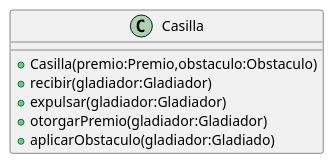
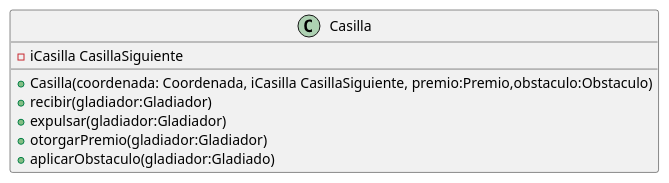
One commit to mcumskov/Algo3_tp2 changed the diagram in diagrams/clases/casilla/clase_casilla.plantuml. Above: the diagram before and after it, drawn with PlantUML. The commit also changed 2 other files, not shown here.

Commit message:
actualizo diagramas de clase

```diff
--- a/diagrams/clases/casilla/clase_casilla.plantuml
+++ b/diagrams/clases/casilla/clase_casilla.plantuml
@@ -1,9 +1,10 @@
 @startuml
 class Casilla {
-    + Casilla(premio:Premio,obstaculo:Obstaculo)
+    - iCasilla CasillaSiguiente
+    + Casilla(coordenada: Coordenada, iCasilla CasillaSiguiente, premio:Premio,obstaculo:Obstaculo)
     + recibir(gladiador:Gladiador)
     + expulsar(gladiador:Gladiador)
     + otorgarPremio(gladiador:Gladiador)
     + aplicarObstaculo(gladiador:Gladiado)
 }
 @enduml
```
